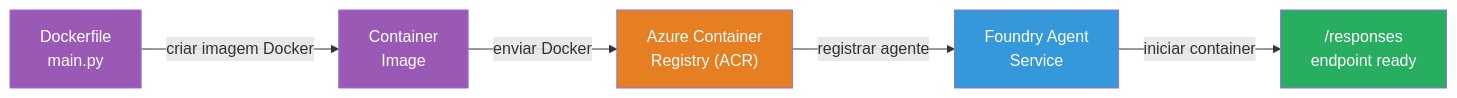
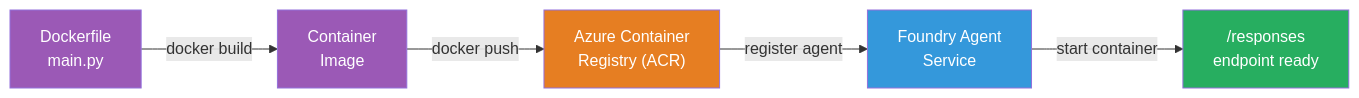
The diagram in translations/pt-BR/workshop/lab01-single-agent/docs/05-deploy-to-foundry.md (microsoft-foundry/Foundry_Toolkit_for_VSCode_Lab), drawn with Mermaid before and after one commit. The commit also changed other lines of this file and 65 other files, not shown here.

````diff
--- a/translations/pt-BR/workshop/lab01-single-agent/docs/05-deploy-to-foundry.md
+++ b/translations/pt-BR/workshop/lab01-single-agent/docs/05-deploy-to-foundry.md
@@ -11,18 +11,18 @@
 ```mermaid
 flowchart LR
     A["Dockerfile
-    main.py"] -->|criar imagem Docker| B["Container
+    main.py"] -->|docker build| B["Container
     Image"]
-    B -->|enviar Docker| C["Azure Container
+    B -->|docker push| C["Azure Container
     Registry (ACR)"]
-    C -->|registrar agente| D["Foundry Agent
+    C -->|register agent| D["Foundry Agent
     Service"]
-    D -->|iniciar container| E["/responses
+    D -->|start container| E["/responses
     endpoint ready"]
 
     style A fill:#9B59B6,color:#fff
     style B fill:#9B59B6,color:#fff
     style C fill:#E67E22,color:#fff
     style D fill:#3498DB,color:#fff
     style E fill:#27AE60,color:#fff
 ```
````
